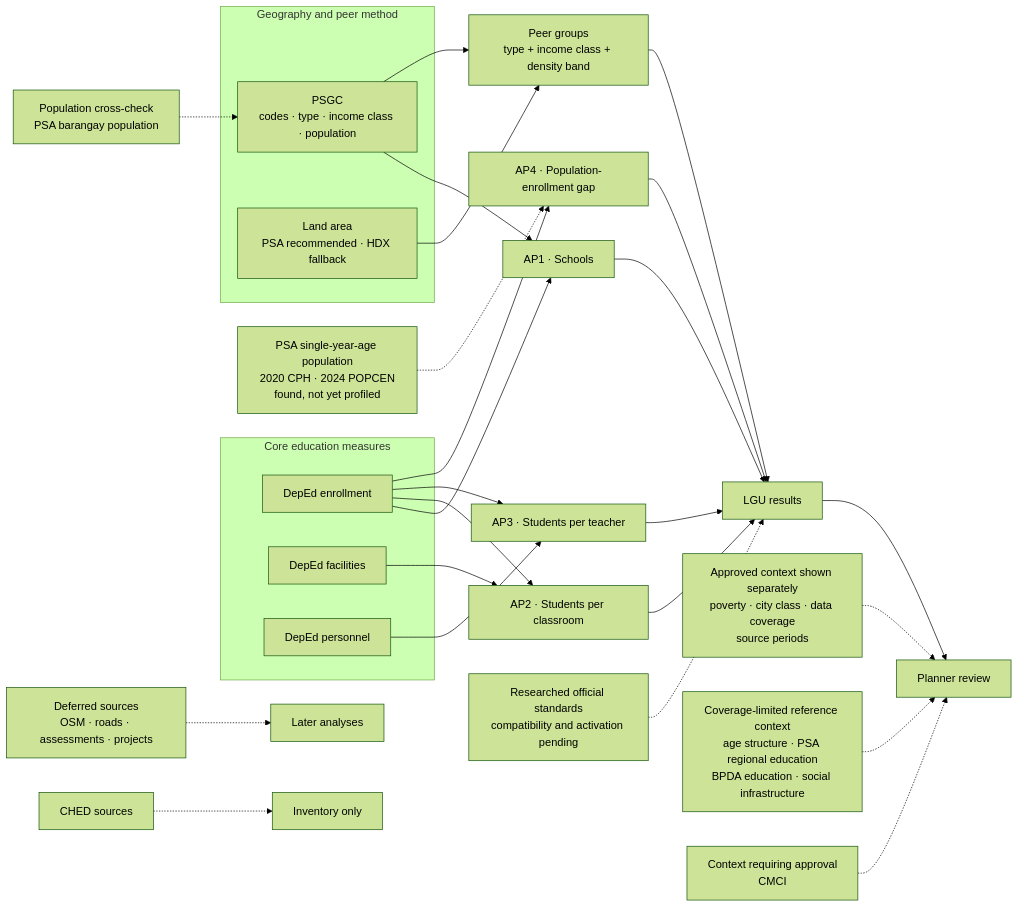
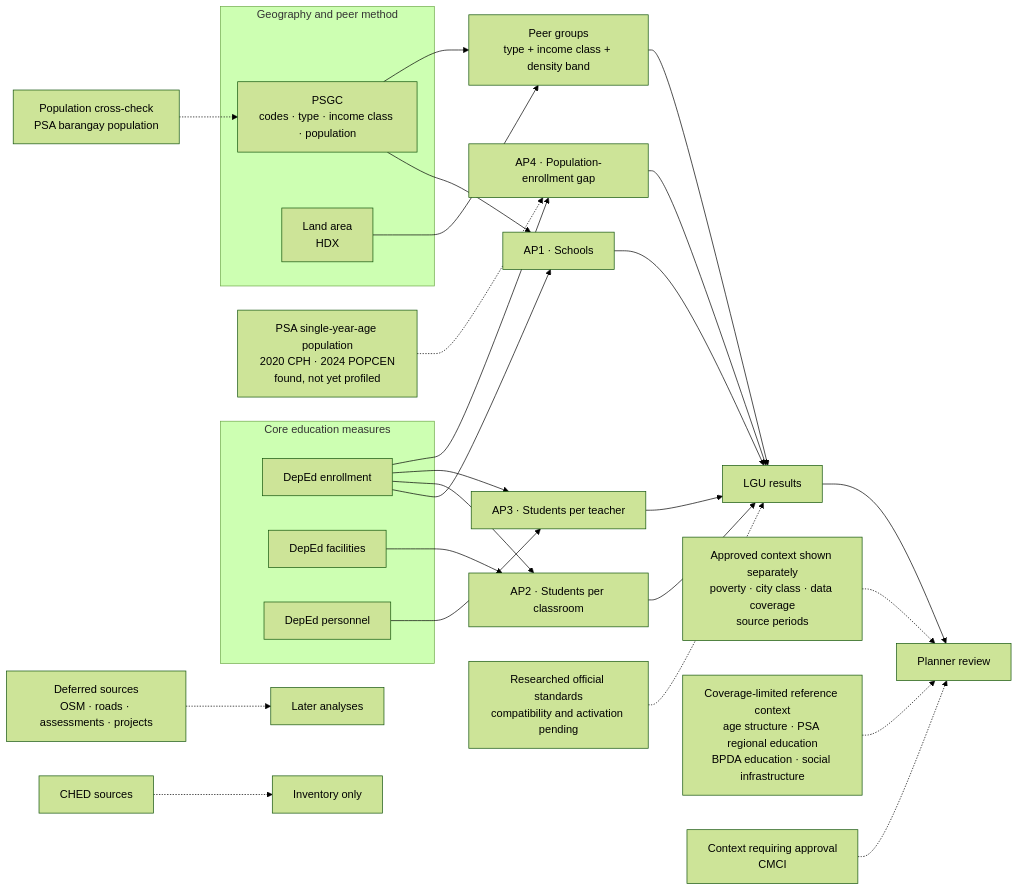
The diagram in docs/business/dataset-use-map.md (reached-hq/edu-access-intelligence), drawn with Mermaid (forest theme) before and after one commit. The commit also changed other lines of this file and 3 other files, not shown here.

First line of the commit message:
Use HDX as the current land-area source for density

````diff
--- a/docs/business/dataset-use-map.md
+++ b/docs/business/dataset-use-map.md
@@ -19,39 +19,39 @@
 ```mermaid
 flowchart LR
     subgraph CORE["Core education measures"]
         ENR["DepEd enrollment"]
         FAC["DepEd facilities"]
         PER["DepEd personnel"]
     end
 
     subgraph METHOD["Geography and peer method"]
     PSGC["PSGC<br/>codes · type · income class · population"]
-    AREA["Land area<br/>PSA recommended · HDX fallback"]
+    AREA["Land area<br/>HDX"]
     end
 
     ENR --> AP1["AP1 · Schools"]
     PSGC --> AP1
     ENR --> AP2["AP2 · Students per classroom"]
     FAC --> AP2
     ENR --> AP3["AP3 · Students per teacher"]
     PER --> AP3
     ENR --> AP4["AP4 · Population-enrollment gap"]
     AGE["PSA single-year-age population<br/>2020 CPH · 2024 POPCEN<br/>found, not yet profiled"] -.-> AP4
 
     PSGC --> PEERS["Peer groups<br/>type + income class + density band"]
     AREA --> PEERS
     AP1 --> RESULT["LGU results"]
     AP2 --> RESULT
     AP3 --> RESULT
     AP4 --> RESULT
     PEERS --> RESULT
     STANDARD["Researched official standards<br/>compatibility and activation pending"] -.-> RESULT
 
     CONTEXT["Approved context shown separately<br/>poverty · city class · data coverage<br/>source periods"] -.-> DASH["Planner review"]
     LIMITED["Coverage-limited reference context<br/>age structure · PSA regional education<br/>BPDA education · social infrastructure"] -.-> DASH
     CANDIDATE["Context requiring approval<br/>CMCI"] -.-> DASH
     POPCHECK["Population cross-check<br/>PSA barangay population"] -.-> PSGC
     RESULT --> DASH
     DEFER["Deferred sources<br/>OSM · roads · assessments · projects"] -.-> LATER["Later analyses"]
     EXCLUDED["CHED sources"] -.-> RECORD["Inventory only"]
 ```
````
